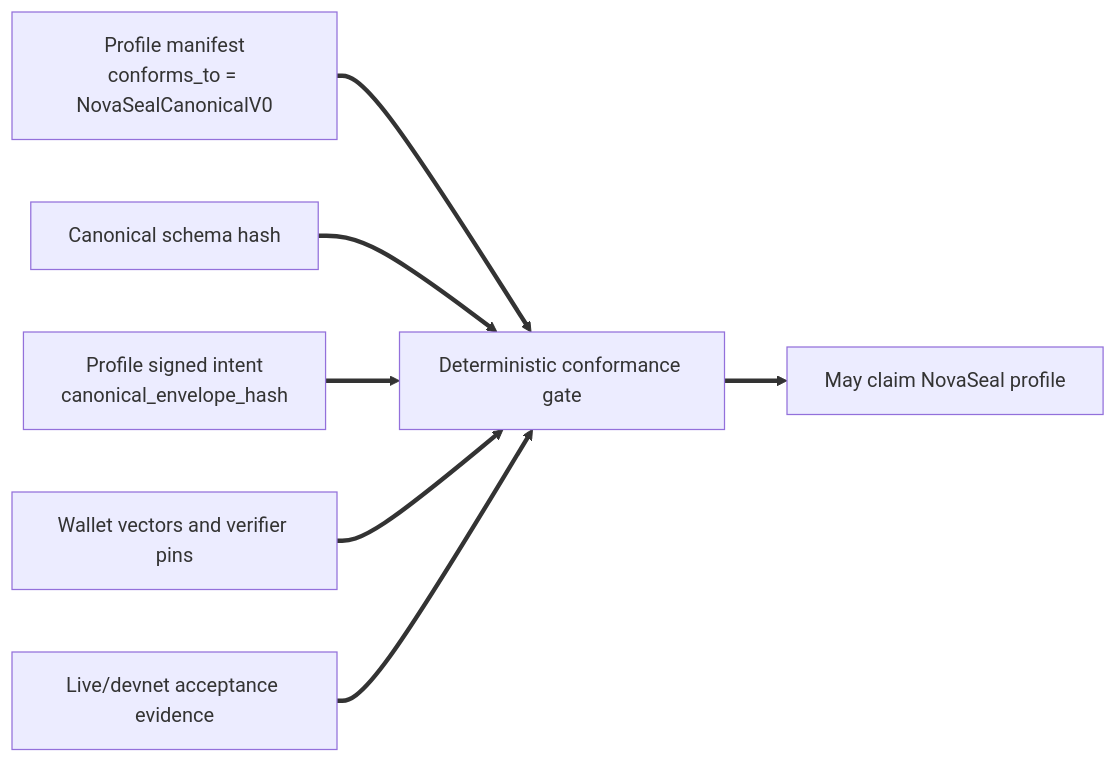
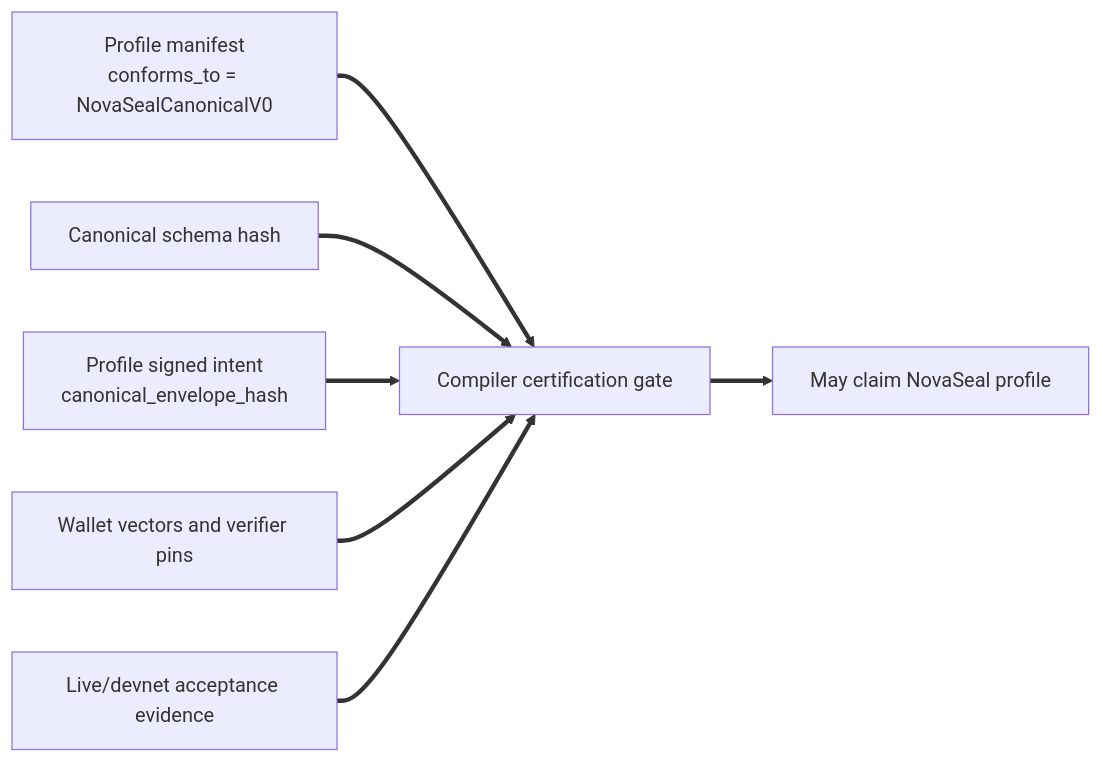
One commit to CellScript-Labs/CellScript changed the third of 5 diagrams in proposals/novaseal/v0-mvp-skeleton/NOVASEAL_ARCHITECTURE_EXPLAINED.md. Above: the diagram before and after it, drawn with Mermaid. The commit also changed other lines of this file and 20 other files, not shown here.

Commit message:
Port NovaSeal certification gate to Rust

````diff
--- a/proposals/novaseal/v0-mvp-skeleton/NOVASEAL_ARCHITECTURE_EXPLAINED.md
+++ b/proposals/novaseal/v0-mvp-skeleton/NOVASEAL_ARCHITECTURE_EXPLAINED.md
@@ -123,9 +123,9 @@
 ```mermaid
 flowchart LR
-    A[Profile manifest<br/>conforms_to = NovaSealCanonicalV0] ==> B[Deterministic conformance gate]
+    A[Profile manifest<br/>conforms_to = NovaSealCanonicalV0] ==> B[Compiler certification gate]
     C[Canonical schema hash] ==> B
     D[Profile signed intent<br/>canonical_envelope_hash] ==> B
     E[Wallet vectors and verifier pins] ==> B
     F[Live/devnet acceptance evidence] ==> B
     B ==> G[May claim NovaSeal profile]
 ```
````
